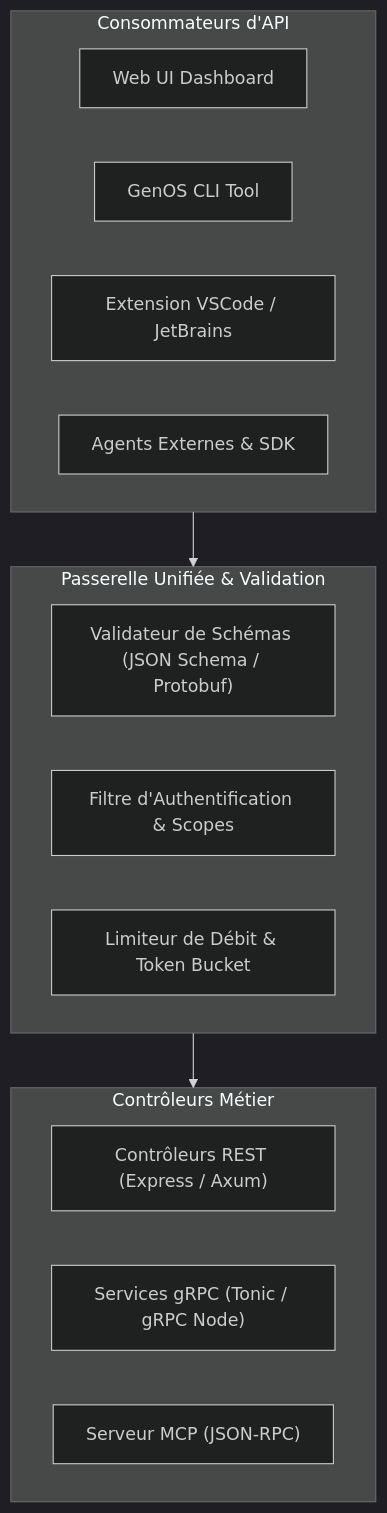
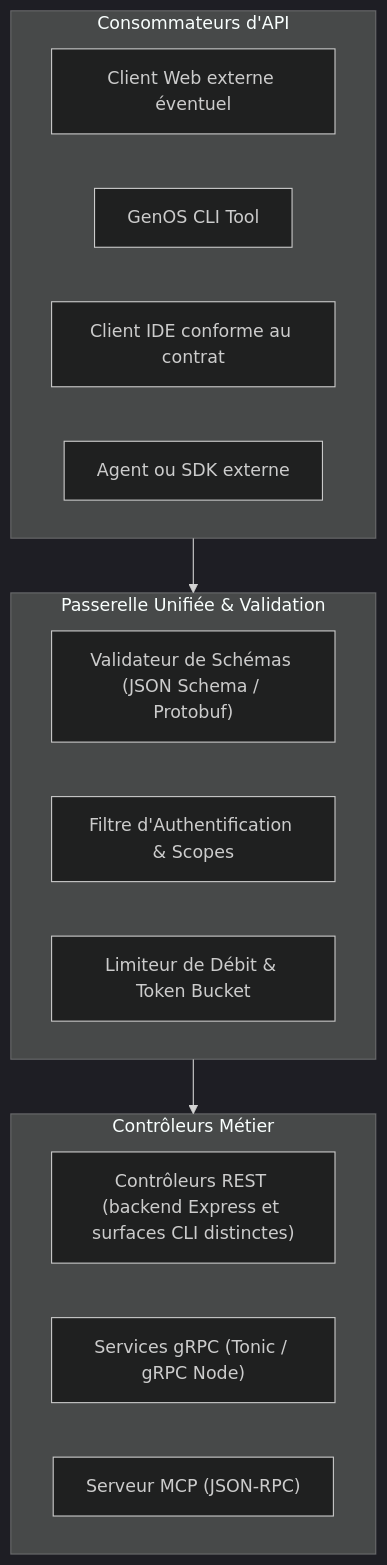
One commit to PISSARAW/GenOS changed the second of 4 diagrams in docs/03-reference/api-et-contrats.md. Above: the diagram before and after it, drawn with Mermaid (dark theme). The commit also changed other lines of this file and 6 other files, not shown here.

````diff
--- a/docs/03-reference/api-et-contrats.md
+++ b/docs/03-reference/api-et-contrats.md
@@ -282,24 +281,24 @@
 ```mermaid
 flowchart TB
     subgraph Clients["Consommateurs d'API"]
-        WebUI["Web UI Dashboard"]
+        WebUI["Client Web externe éventuel"]
         CLIClient["GenOS CLI Tool"]
-        IDEPlugin["Extension VSCode / JetBrains"]
-        ExtAgent["Agents Externes & SDK"]
+        IDEPlugin["Client IDE conforme au contrat"]
+        ExtAgent["Agent ou SDK externe"]
     end
 
     subgraph Gateway["Passerelle Unifiée & Validation"]
         SchemaValidator["Validateur de Schémas (JSON Schema / Protobuf)"]
         AuthFilter["Filtre d'Authentification & Scopes"]
         RateLimiter["Limiteur de Débit & Token Bucket"]
     end
 
     subgraph Handlers["Contrôleurs Métier"]
-        RESTCtrl["Contrôleurs REST (Express / Axum)"]
+        RESTCtrl["Contrôleurs REST (backend Express et surfaces CLI distinctes)"]
         gRPCCtrl["Services gRPC (Tonic / gRPC Node)"]
         MCPAdapter["Serveur MCP (JSON-RPC)"]
     end
 
     Clients --> Gateway
     Gateway --> Handlers
 ```
````
